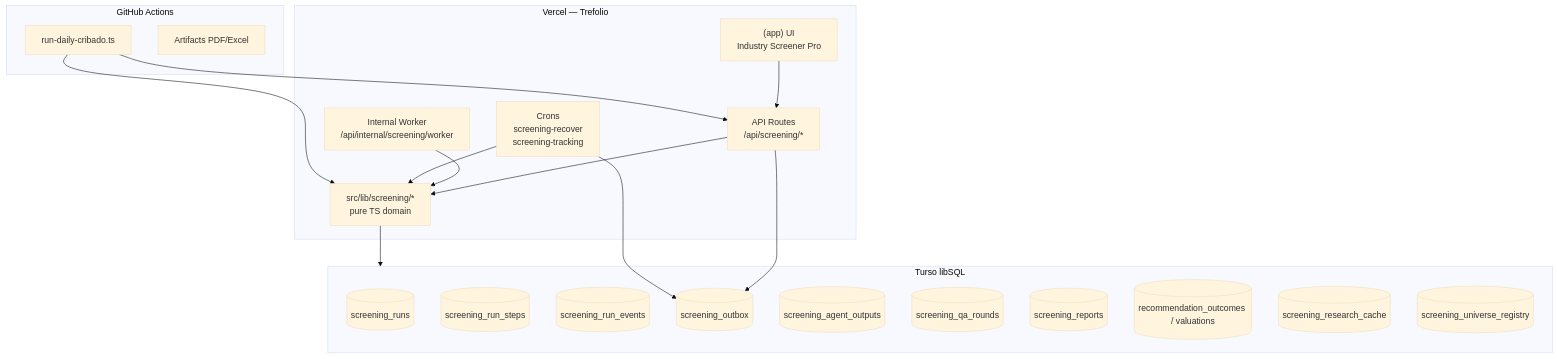
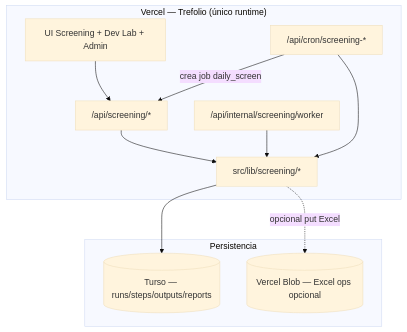
Before and after one commit to kyberis/stocktracker: the second of 8 diagrams in docs/HLD_INVESTMENT_SCREENING_AGENTS.md, drawn with Mermaid (base theme). The commit also changed other lines of this file and 53 other files, not shown here.

````diff
--- a/docs/HLD_INVESTMENT_SCREENING_AGENTS.md
+++ b/docs/HLD_INVESTMENT_SCREENING_AGENTS.md
@@ -40,38 +39,23 @@
 ```mermaid
 flowchart TB
-    subgraph Vercel["Vercel — Trefolio"]
-        UI["(app) UI<br/>Industry Screener Pro"]
-        API["API Routes<br/>/api/screening/*"]
-        WRK["Internal Worker<br/>/api/internal/screening/worker"]
-        CRON["Crons<br/>screening-recover<br/>screening-tracking"]
-        LIB["src/lib/screening/*<br/>pure TS domain"]
+    subgraph Vercel["Vercel — Trefolio (único runtime)"]
+        UI["UI Screening + Dev Lab + Admin"]
+        API["/api/screening/*"]
+        WRK["/api/internal/screening/worker"]
+        CRON["/api/cron/screening-*"]
+        LIB["src/lib/screening/*"]
     end
 
-    subgraph Data["Turso libSQL"]
-        RUNS[(screening_runs)]
-        STEPS[(screening_run_steps)]
-        EVENTS[(screening_run_events)]
-        OUTBOX[(screening_outbox)]
-        OUTS[(screening_agent_outputs)]
-        QA[(screening_qa_rounds)]
-        REP[(screening_reports)]
-        REC[(recommendation_outcomes / valuations)]
-        CACHE[(screening_research_cache)]
-        REG[(screening_universe_registry)]
-    end
-
-    subgraph GHA["GitHub Actions"]
-        SCRIPT["run-daily-cribado.ts"]
-        ART["Artifacts PDF/Excel"]
+    subgraph Data["Persistencia"]
+        TURSO[(Turso — runs/steps/outputs/reports)]
+        BLOB[(Vercel Blob — Excel ops opcional)]
     end
 
     UI --> API
     API --> LIB
     WRK --> LIB
     CRON --> LIB
-    LIB --> Data
-    SCRIPT --> LIB
-    SCRIPT --> API
-    API --> OUTBOX
-    CRON --> OUTBOX
+    CRON -->|"crea job daily_screen"| API
+    LIB --> TURSO
+    LIB -.->|"opcional put Excel"| BLOB
 ```
````
